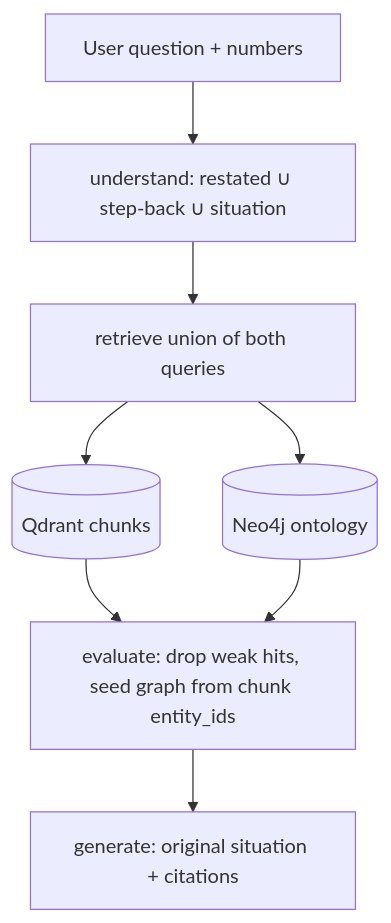
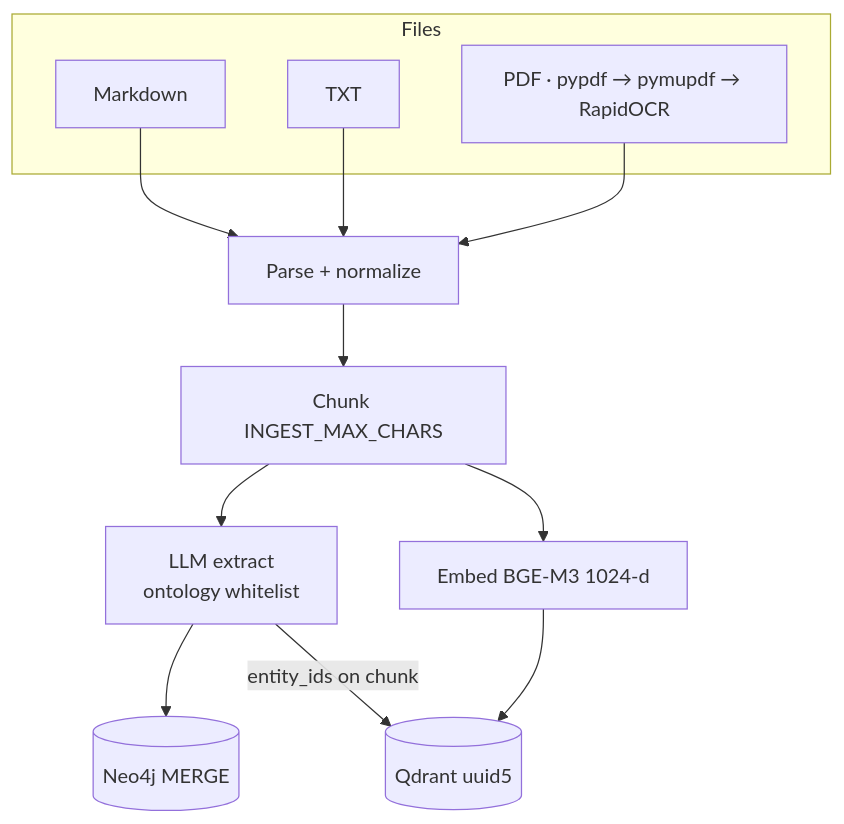
Before and after one commit to Lucimad007/graphrag-hormozi-business: the second of 4 diagrams in README.md, drawn with Mermaid. The commit also changed other lines of this file and 1 other file, not shown here.

First line of the commit message:
docs: ship portfolio README with architecture diagrams and CI

````diff
--- a/README.md
+++ b/README.md
@@ -7,16 +71,23 @@
 ```mermaid
 flowchart TB
-  Q["User question + numbers"]
-  U["understand: restated ∪ step-back ∪ situation"]
-  R["retrieve union of both queries"]
-  E["evaluate: drop weak hits, seed graph from chunk entity_ids"]
-  A["generate: original situation + citations"]
-  Qdrant[(Qdrant chunks)]
-  Neo[(Neo4j ontology)]
-  Q --> U --> R
-  R --> Qdrant
-  R --> Neo
-  Qdrant --> E
-  Neo --> E
-  E --> A
+  subgraph Files
+    MD[Markdown]
+    TXT[TXT]
+    PDF[PDF · pypdf → pymupdf → RapidOCR]
+  end
+
+  PARSE[Parse + normalize]
+  CHUNK["Chunk INGEST_MAX_CHARS"]
+  X["LLM extract<br/>ontology whitelist"]
+  E["Embed BGE-M3 1024-d"]
+  Q[(Qdrant uuid5)]
+  N[(Neo4j MERGE)]
+
+  MD --> PARSE
+  TXT --> PARSE
+  PDF --> PARSE
+  PARSE --> CHUNK --> X
+  CHUNK --> E --> Q
+  X --> N
+  X -->|entity_ids on chunk| Q
 ```
````
